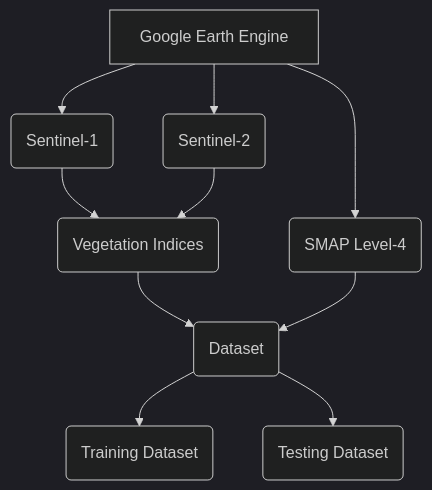
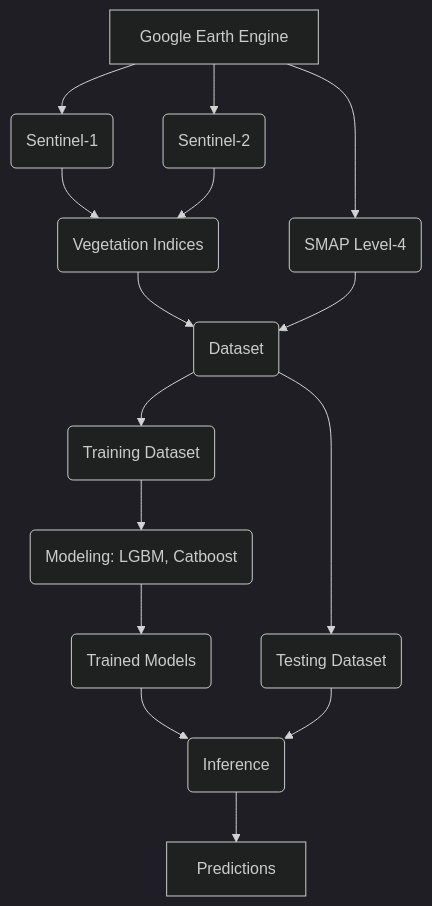
Before and after one commit to ITU-GeoAI-Challenge/3rd_place_cropland_mapping: the diagram in README.md, drawn with Mermaid (dark theme).

````diff
--- a/README.md
+++ b/README.md
@@ -14,15 +14,23 @@
 ```mermaid
 graph TD
     A[Google Earth Engine] --> B(Sentinel-1)
     A --> C(Sentinel-2)
     A --> D(SMAP Level-4)
 
     B --> E(Vegetation Indices)
     C --> E
     
     E --> F(Dataset)
     D --> F
     F --> G(Training Dataset)
     F --> K(Testing Dataset)
 
+    G --> M(Modeling: LGBM, Catboost )
+    M --> N(Trained Models)
+
+    N --> O(Inference)
+    K --> O
+
+    O --> P[Predictions]
+
 ```
````
